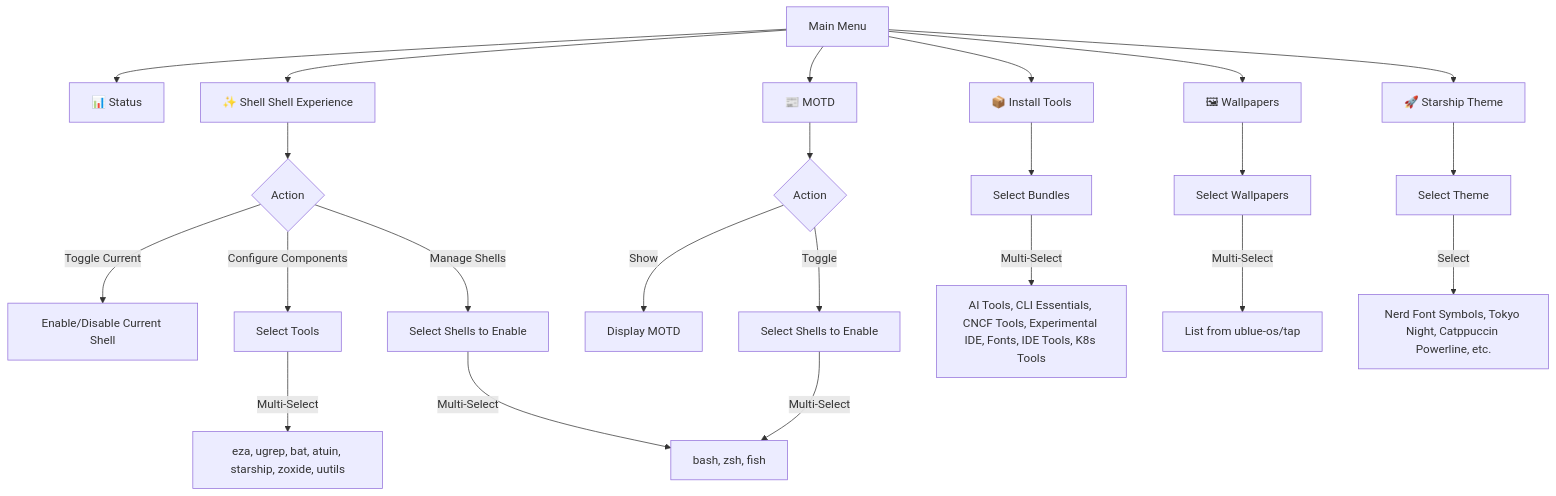
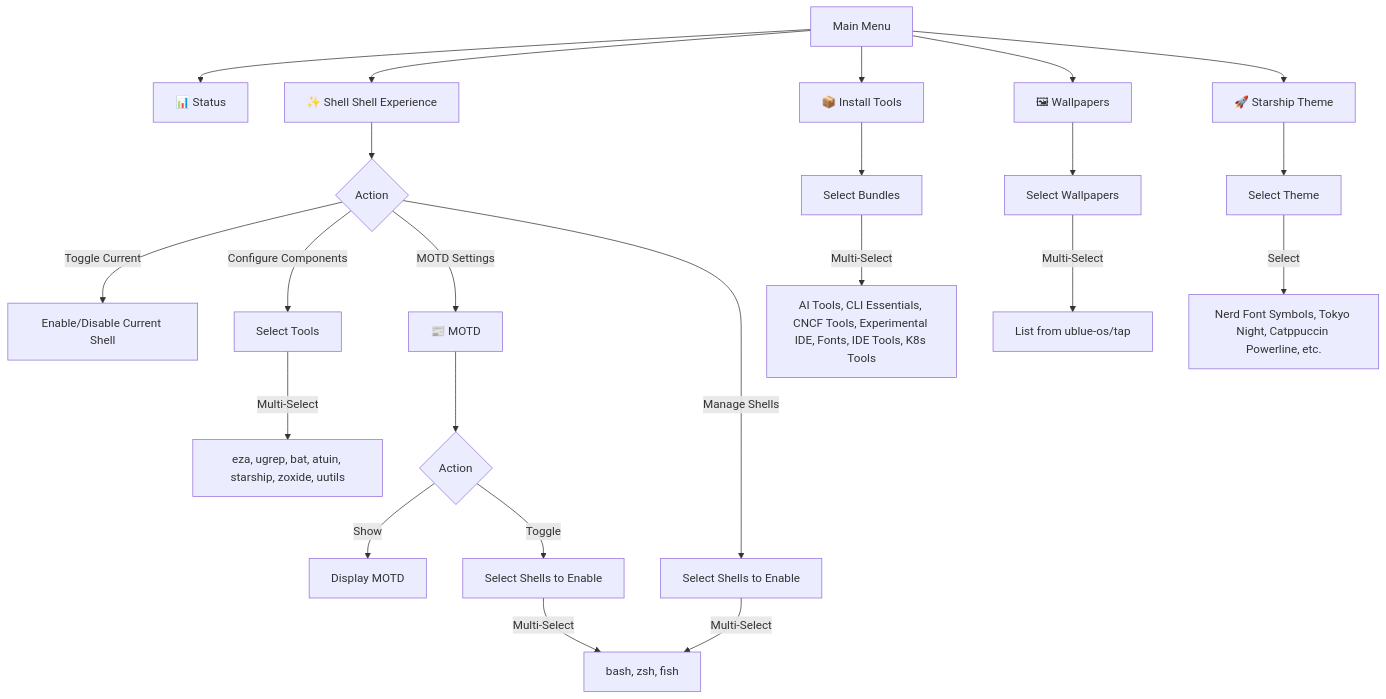
The diagram in docs/menus.md (hanthor/bluefin-cli), drawn with Mermaid before and after one commit. The commit also changed other lines of this file and 5 other files, not shown here.

Commit message:
feat: integrate MOTD as Shell submenu and enable by default

````diff
--- a/docs/menus.md
+++ b/docs/menus.md
@@ -5,32 +5,32 @@
 ```mermaid
 graph TD
     Main[Main Menu] --> Status[📊 Status]
     Main --> Shell[✨ Shell Shell Experience]
-    Main --> MOTD[📰 MOTD]
     Main --> Bundles[📦 Install Tools]
     Main --> Wallpapers[🖼  Wallpapers]
     Main --> Starship[🚀 Starship Theme]
 
     Shell --> ShellAction{Action}
     ShellAction -->|Toggle Current| ShellToggle[Enable/Disable Current Shell]
     ShellAction -->|Configure Components| ShellComps[Select Tools]
+    ShellAction -->|MOTD Settings| MOTD[📰 MOTD]
     ShellAction -->|Manage Shells| ShellShells[Select Shells to Enable]
 
     ShellComps --> |Multi-Select| ShellToolsList[eza, ugrep, bat, atuin, starship, zoxide, uutils]
     ShellShells --> |Multi-Select| ShellsList[bash, zsh, fish]
 
     MOTD --> MOTDAction{Action}
     MOTDAction -->|Show| MOTDShow[Display MOTD]
     MOTDAction -->|Toggle| MOTDToggle[Select Shells to Enable]
 
     MOTDToggle --> |Multi-Select| ShellsList
 
     Bundles --> BundlesList[Select Bundles]
     BundlesList --> |Multi-Select| BundlesOptions[AI Tools, CLI Essentials, CNCF Tools, Experimental IDE, Fonts, IDE Tools, K8s Tools]
 
     Wallpapers --> WallpapersList[Select Wallpapers]
     WallpapersList --> |Multi-Select| WallpaperCasks[List from ublue-os/tap]
 
     Starship --> StarshipThemes[Select Theme]
     StarshipThemes --> |Select| ThemeOptions[Nerd Font Symbols, Tokyo Night, Catppuccin Powerline, etc.]
 ```
````
